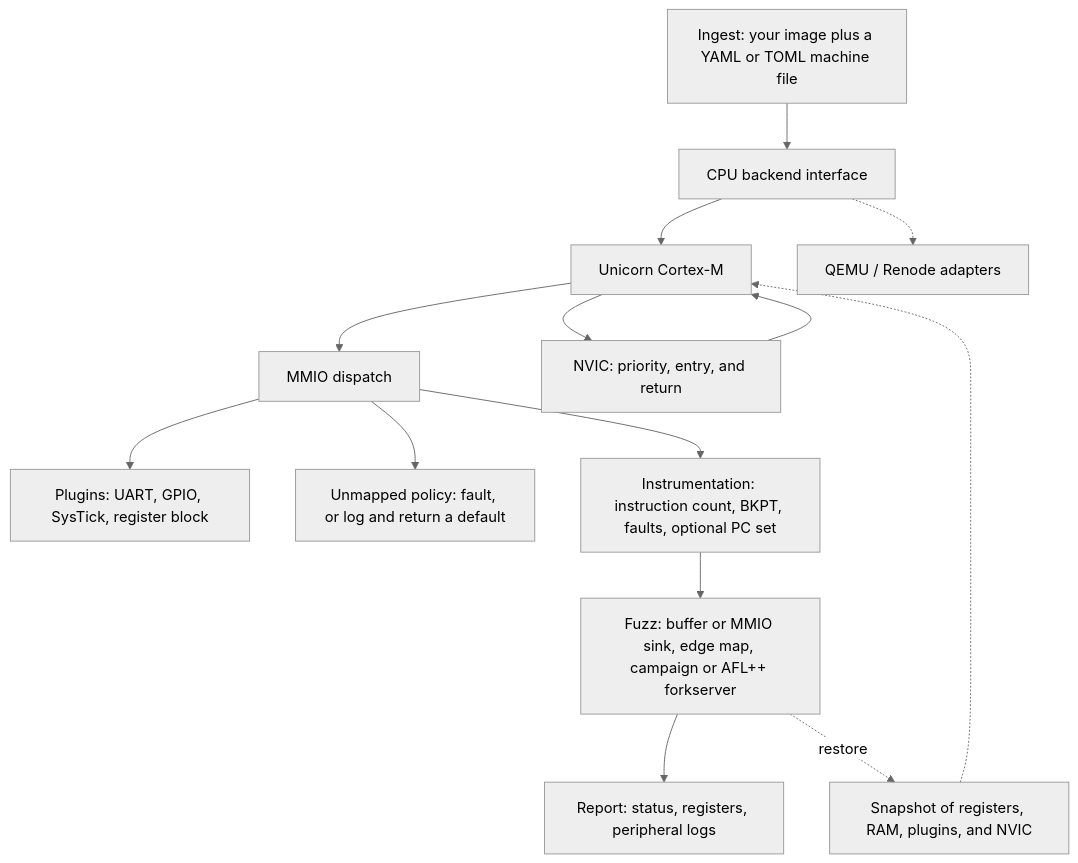
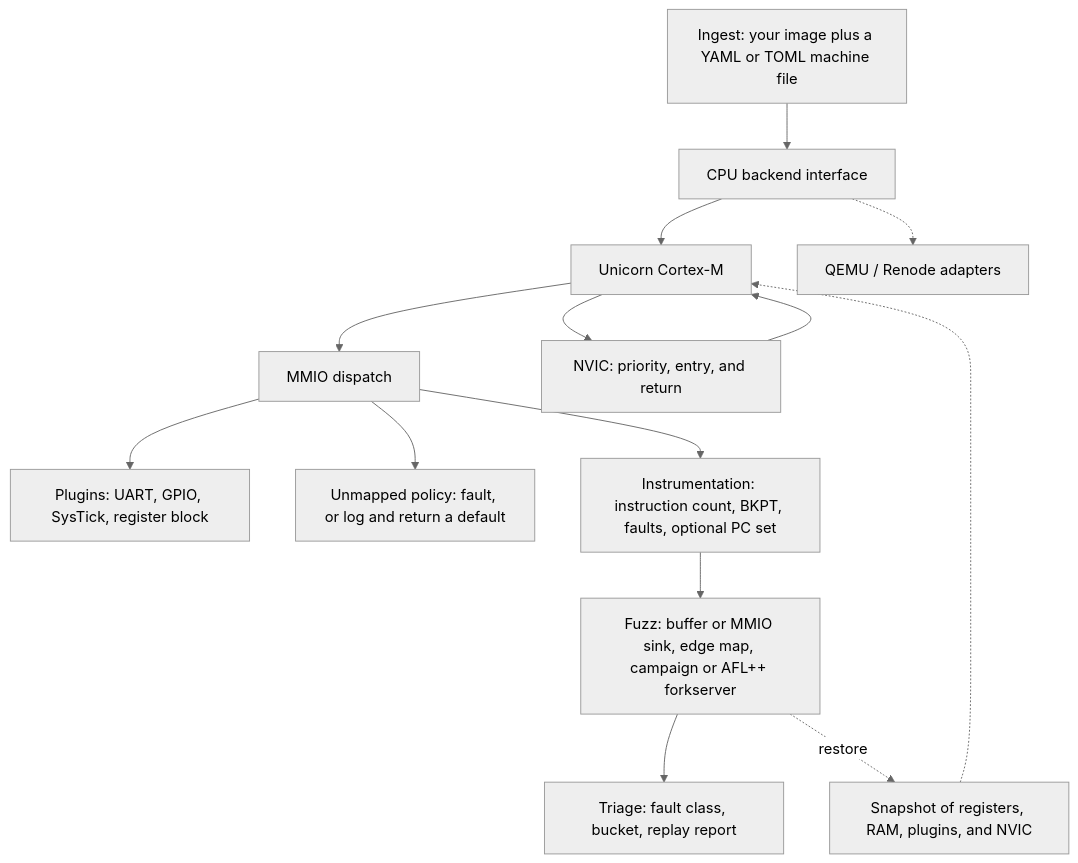
Before and after one commit to c0re-i5/jig: the diagram in README.md, drawn with Mermaid (neutral theme). The commit also changed other lines of this file and 10 other files, not shown here.

````diff
--- a/README.md
+++ b/README.md
@@ -56,29 +57,29 @@
 ```mermaid
 flowchart TD
   ingest["Ingest: your image plus a YAML or TOML machine file"]
   cpu["CPU backend interface"]
   uni["Unicorn Cortex-M"]
   later["QEMU / Renode adapters"]
   mmio["MMIO dispatch"]
   plugs["Plugins: UART, GPIO, SysTick, register block"]
   unmapped["Unmapped policy: fault, or log and return a default"]
   inst["Instrumentation: instruction count, BKPT, faults, optional PC set"]
   fuzz["Fuzz: buffer or MMIO sink, edge map, campaign or AFL++ forkserver"]
   nvic["NVIC: priority, entry, and return"]
   snap["Snapshot of registers, RAM, plugins, and NVIC"]
-  triage["Report: status, registers, peripheral logs"]
+  triage["Triage: fault class, bucket, replay report"]
 
   ingest --> cpu
   cpu --> uni
   cpu -.-> later
   uni --> nvic
   nvic --> uni
   uni --> mmio
   mmio --> plugs
   mmio --> unmapped
   mmio --> inst
   inst --> fuzz
   fuzz --> triage
   fuzz -.->|restore| snap
   snap -.-> uni
 ```
````
